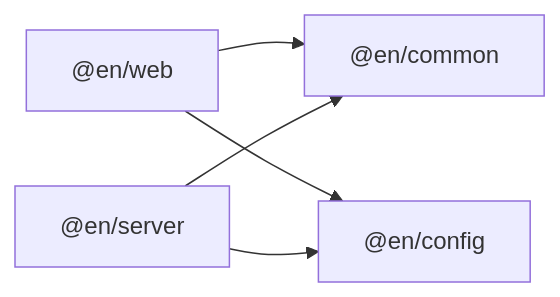
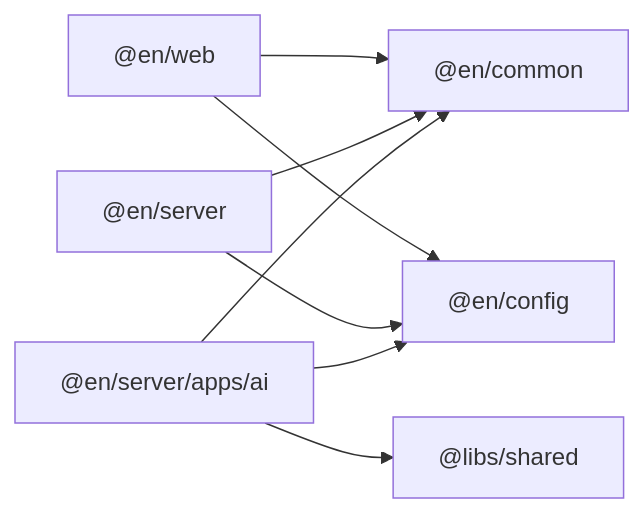
Before and after one commit to LihaoZDB/English-Study: the sixth of 7 diagrams in .qoder/repowiki/zh/content/配置管理/包管理配置.md, drawn with Mermaid. The commit also changed other lines of this file and 9 other files, not shown here.

````diff
--- a/.qoder/repowiki/zh/content/配置管理/包管理配置.md
+++ b/.qoder/repowiki/zh/content/配置管理/包管理配置.md
@@ -228,7 +267,10 @@
 ```mermaid
 graph LR
 Web["@en/web"] --> Common["@en/common"]
 Web --> Config["@en/config"]
 Server["@en/server"] --> Common
 Server --> Config
+AI["@en/server/apps/ai"] --> Common
+AI --> Config
+AI --> Shared["@libs/shared"]
 ```
````
